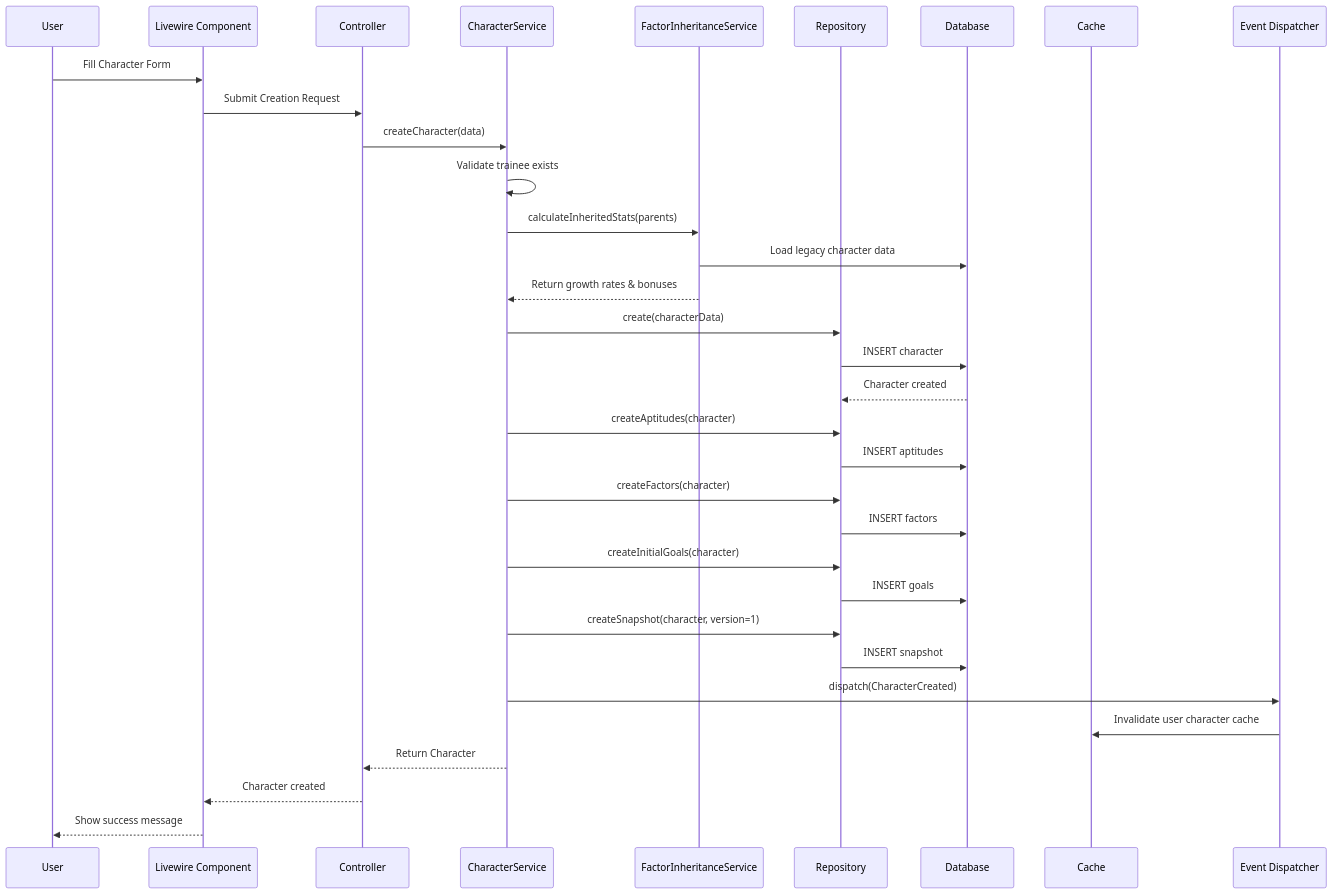
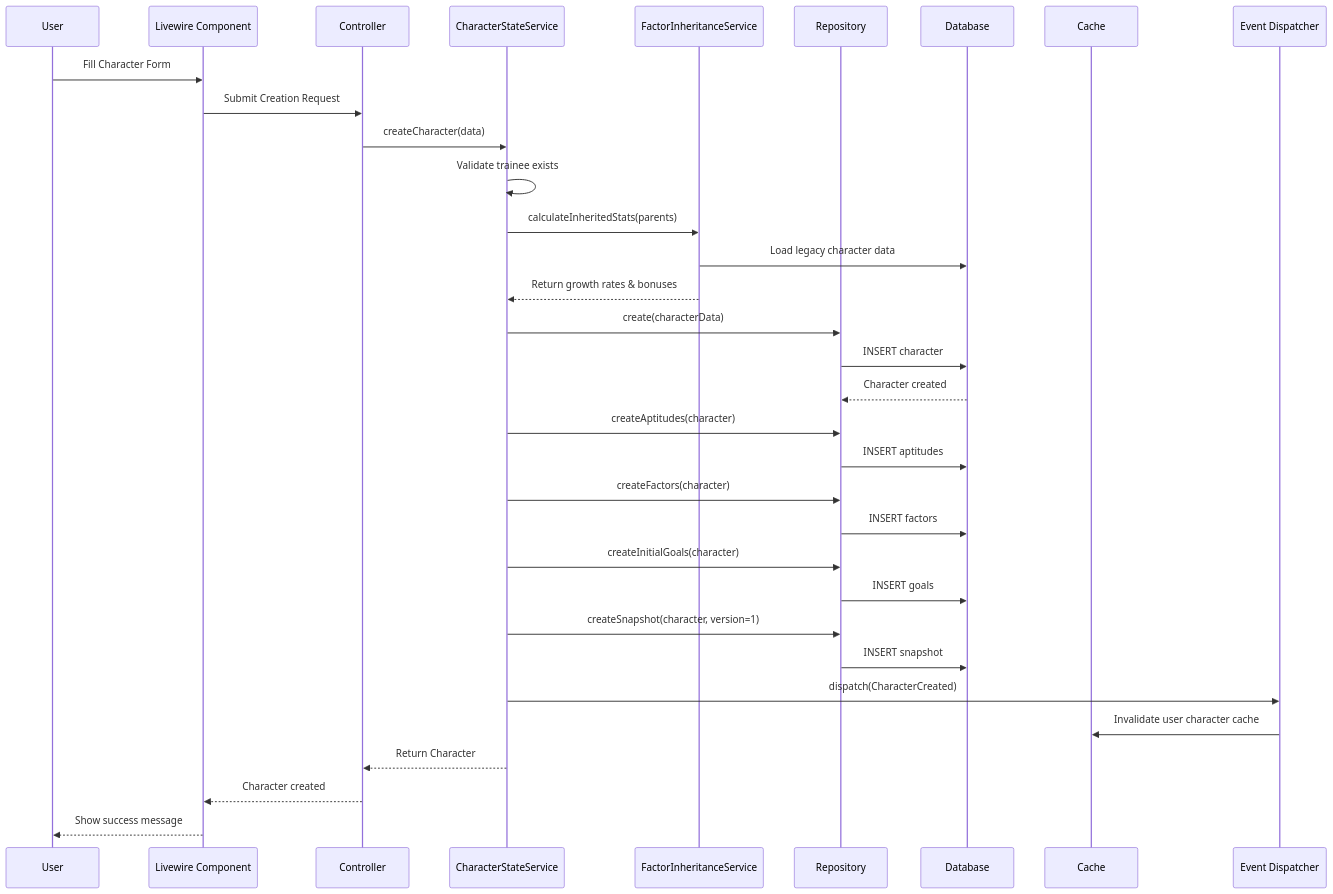
One commit to exatfrds67/umamusume-career-planner changed the second of 7 diagrams in docs/01-tech-flow/TECH-FLOW-001_Character_Management_Flow.md. Above: the diagram before and after it, drawn with Mermaid. The commit also changed other lines of this file and 111 other files, not shown here.

````diff
--- a/docs/01-tech-flow/TECH-FLOW-001_Character_Management_Flow.md
+++ b/docs/01-tech-flow/TECH-FLOW-001_Character_Management_Flow.md
@@ -124,44 +124,44 @@
 ```mermaid
 sequenceDiagram
     participant User
     participant UI as Livewire Component
     participant Controller
-    participant Service as CharacterService
+    participant Service as CharacterStateService
     participant FactorService as FactorInheritanceService
     participant Repository
     participant DB as Database
     participant Cache
     participant Event as Event Dispatcher
 
     User->>UI: Fill Character Form
     UI->>Controller: Submit Creation Request
     Controller->>Service: createCharacter(data)
     
     Service->>Service: Validate trainee exists
     Service->>FactorService: calculateInheritedStats(parents)
     FactorService->>DB: Load legacy character data
     FactorService-->>Service: Return growth rates & bonuses
     
     Service->>Repository: create(characterData)
     Repository->>DB: INSERT character
     DB-->>Repository: Character created
     
     Service->>Repository: createAptitudes(character)
     Repository->>DB: INSERT aptitudes
     
     Service->>Repository: createFactors(character)
     Repository->>DB: INSERT factors
     
     Service->>Repository: createInitialGoals(character)
     Repository->>DB: INSERT goals
     
     Service->>Repository: createSnapshot(character, version=1)
     Repository->>DB: INSERT snapshot
     
     Service->>Event: dispatch(CharacterCreated)
     Event->>Cache: Invalidate user character cache
     
     Service-->>Controller: Return Character
     Controller-->>UI: Character created
     UI-->>User: Show success message
 ```
````
